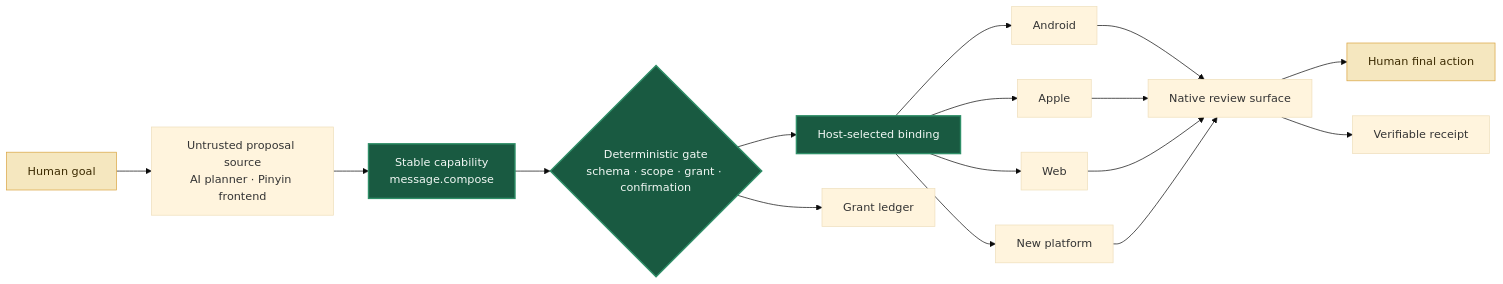
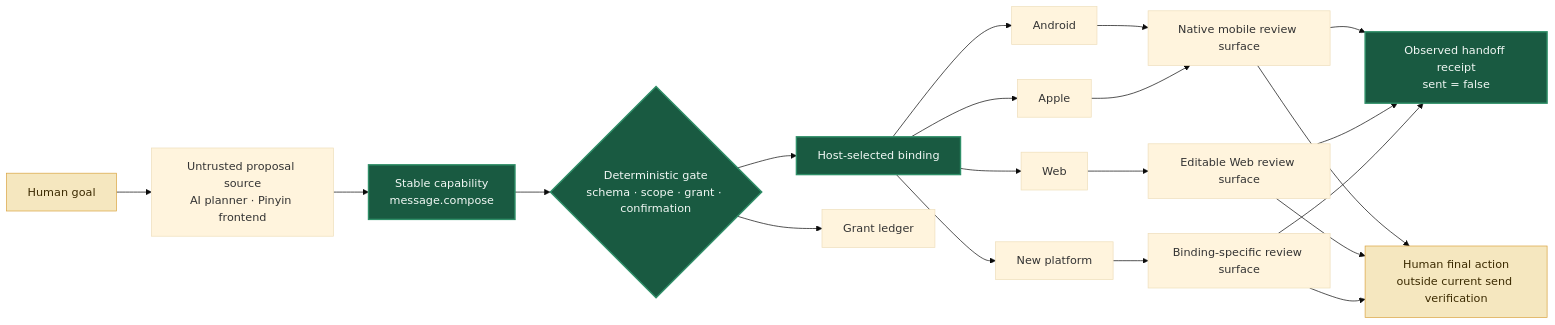
Before and after one commit to yifangjinxing-hash/jidan: the diagram in README.md, drawn with Mermaid (base theme). The commit also changed other lines of this file and 19 other files, not shown here.

Commit message:
Ground JCL roadmap and harden handoffs

````diff
--- a/README.md
+++ b/README.md
@@ -92,23 +101,27 @@
 ```mermaid
 flowchart LR
     H["Human goal"] --> P["Untrusted proposal source<br/>AI planner · Pinyin frontend"]
     P --> C["Stable capability<br/>message.compose"]
     C --> G{"Deterministic gate<br/>schema · scope · grant · confirmation"}
     G --> R["Host-selected binding"]
     R --> A["Android"]
     R --> I["Apple"]
     R --> W["Web"]
     R --> N["New platform"]
-    A --> U["Native review surface"]
-    I --> U
-    W --> U
-    N --> U
-    U --> X["Human final action"]
+    A --> M["Native mobile review surface"]
+    I --> M
+    W --> E["Editable Web review surface"]
+    N --> S["Binding-specific review surface"]
+    M --> Q["Observed handoff receipt<br/>sent = false"]
+    E --> Q
+    S --> Q
+    M --> X["Human final action<br/>outside current send verification"]
+    E --> X
+    S --> X
     G --> L["Grant ledger"]
-    U --> Q["Verifiable receipt"]
 
     classDef core fill:#195A41,color:#F2F8F5,stroke:#2F8F68,stroke-width:2px;
     classDef human fill:#F5E7BF,color:#3B2A00,stroke:#D9A441;
-    class C,G,R core;
+    class C,G,R,Q core;
     class H,X human;
 ```
````
